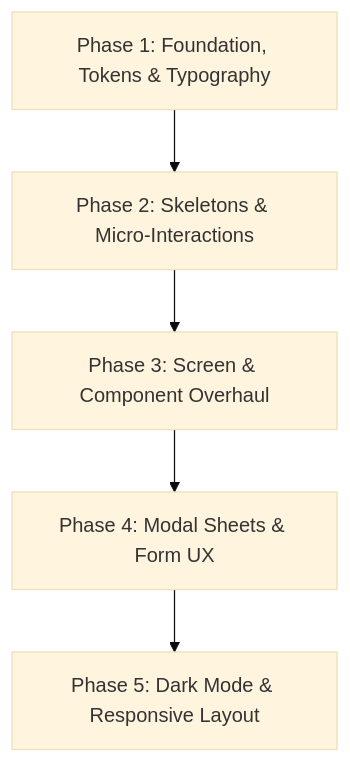
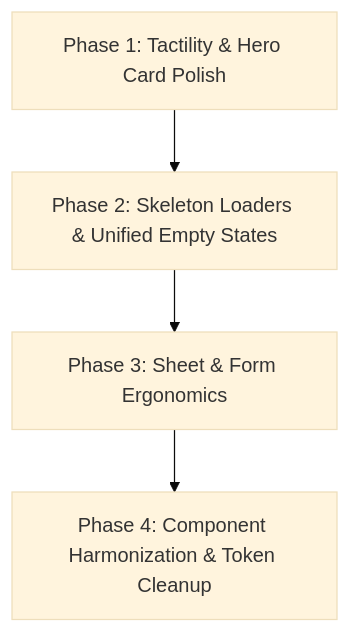
Before and after one commit to Scholar17/SquadHQ: the diagram in docs/ui_improvement_plan.md, drawn with Mermaid (base theme). The commit also changed other lines of this file, not shown here.

````diff
--- a/docs/ui_improvement_plan.md
+++ b/docs/ui_improvement_plan.md
@@ -62,7 +85,6 @@
 ```mermaid
 flowchart TD
-    A[Phase 1: Foundation, Tokens & Typography] --> B[Phase 2: Skeletons & Micro-Interactions]
-    B --> C[Phase 3: Screen & Component Overhaul]
-    C --> D[Phase 4: Modal Sheets & Form UX]
-    D --> E[Phase 5: Dark Mode & Responsive Layout]
+    P1[Phase 1: Tactility & Hero Card Polish] --> P2[Phase 2: Skeleton Loaders & Unified Empty States]
+    P2 --> P3[Phase 3: Sheet & Form Ergonomics]
+    P3 --> P4[Phase 4: Component Harmonization & Token Cleanup]
 ```
````
